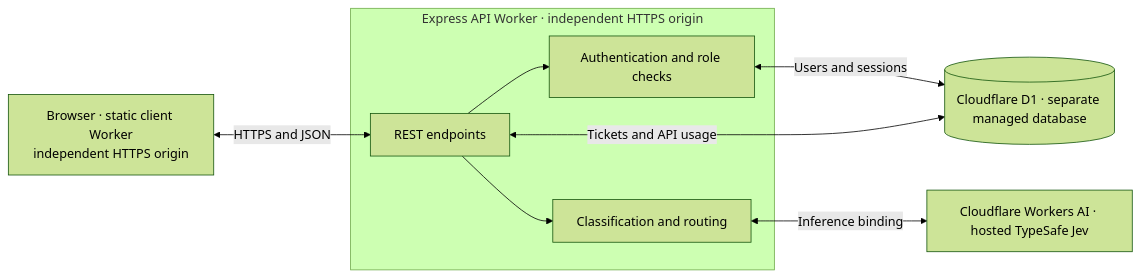
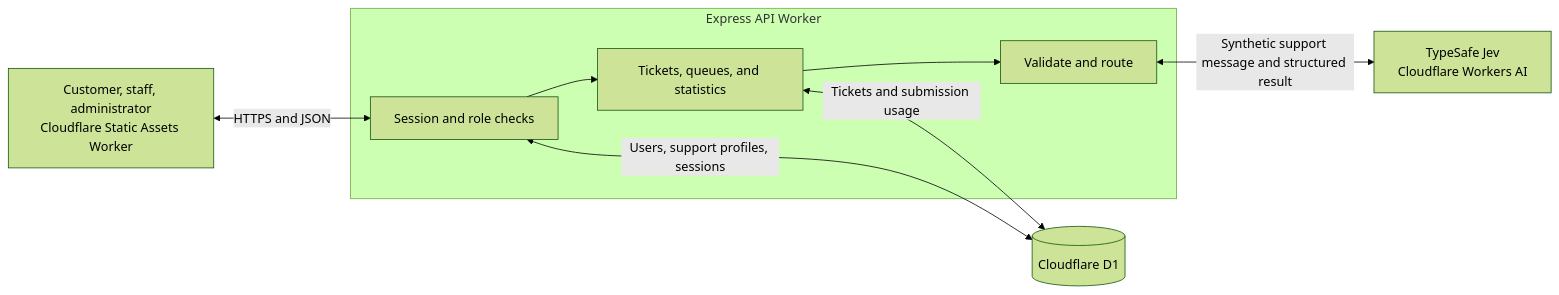
One commit to kevarome/isa2026-term-project changed the diagram in README.md. Above: the diagram before and after it, drawn with Mermaid (forest theme). The commit also changed other lines of this file and 3 other files, not shown here.

````diff
--- a/README.md
+++ b/README.md
@@ -43,17 +41,16 @@
 ```mermaid
 flowchart LR
-  Browser["Browser · static client Worker<br/>independent HTTPS origin"]
-  subgraph Worker["Express API Worker · independent HTTPS origin"]
-    REST["REST endpoints"]
-    Auth["Authentication and role checks"]
-    Routing["Classification and routing"]
-    REST --> Auth
-    REST --> Routing
+  Client["Customer, staff, administrator<br/>Cloudflare Static Assets Worker"]
+  subgraph API["Express API Worker"]
+    Auth["Session and role checks"]
+    Tickets["Tickets, queues, and statistics"]
+    Routing["Validate and route"]
+    Auth --> Tickets --> Routing
   end
-  DB[("Cloudflare D1 · separate managed database")]
-  AI["Cloudflare Workers AI · hosted TypeSafe Jev"]
-  Browser <-->|HTTPS and JSON| REST
-  Auth <-->|Users and sessions| DB
-  REST <-->|Tickets and API usage| DB
-  Routing <-->|Inference binding| AI
+  DB[("Cloudflare D1")]
+  Jev["TypeSafe Jev<br/>Cloudflare Workers AI"]
+  Client <-->|HTTPS and JSON| Auth
+  Auth <-->|Users, support profiles, sessions| DB
+  Tickets <-->|Tickets and submission usage| DB
+  Routing <-->|Synthetic support message and structured result| Jev
 ```
````
